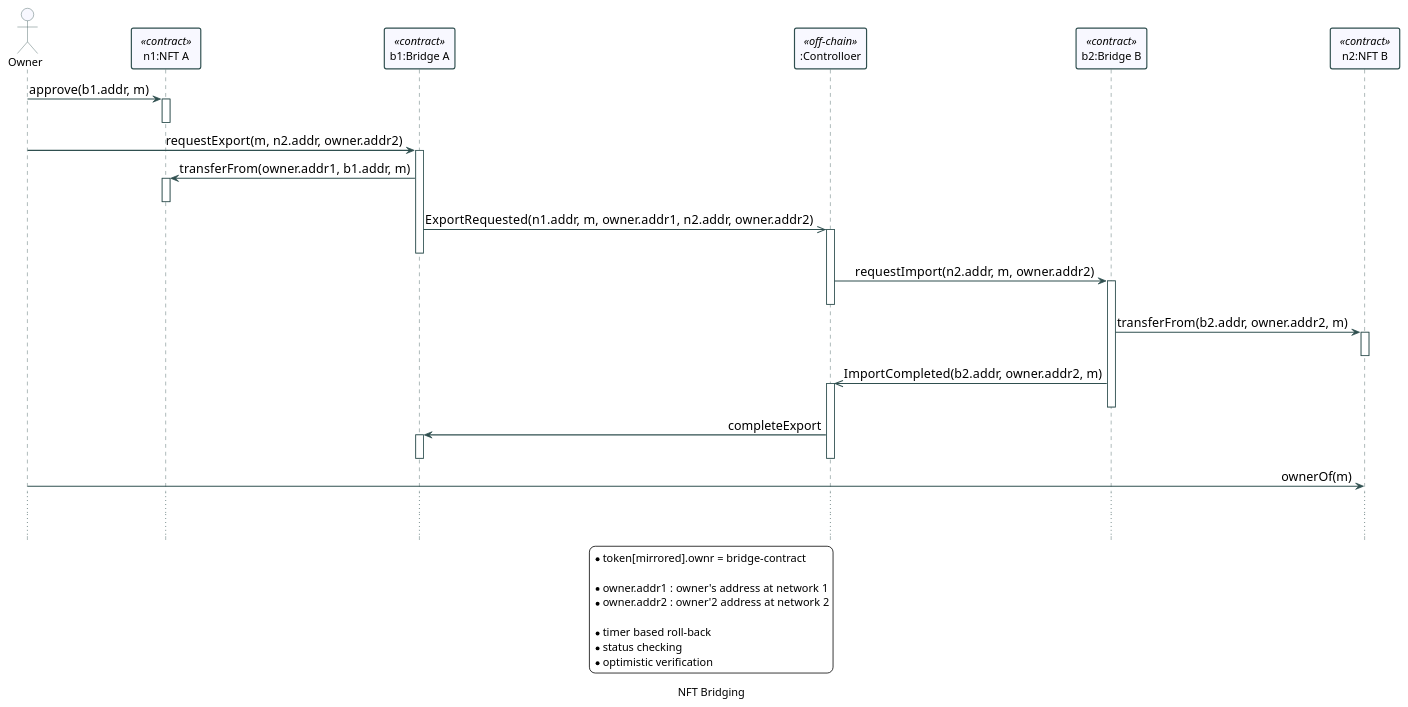
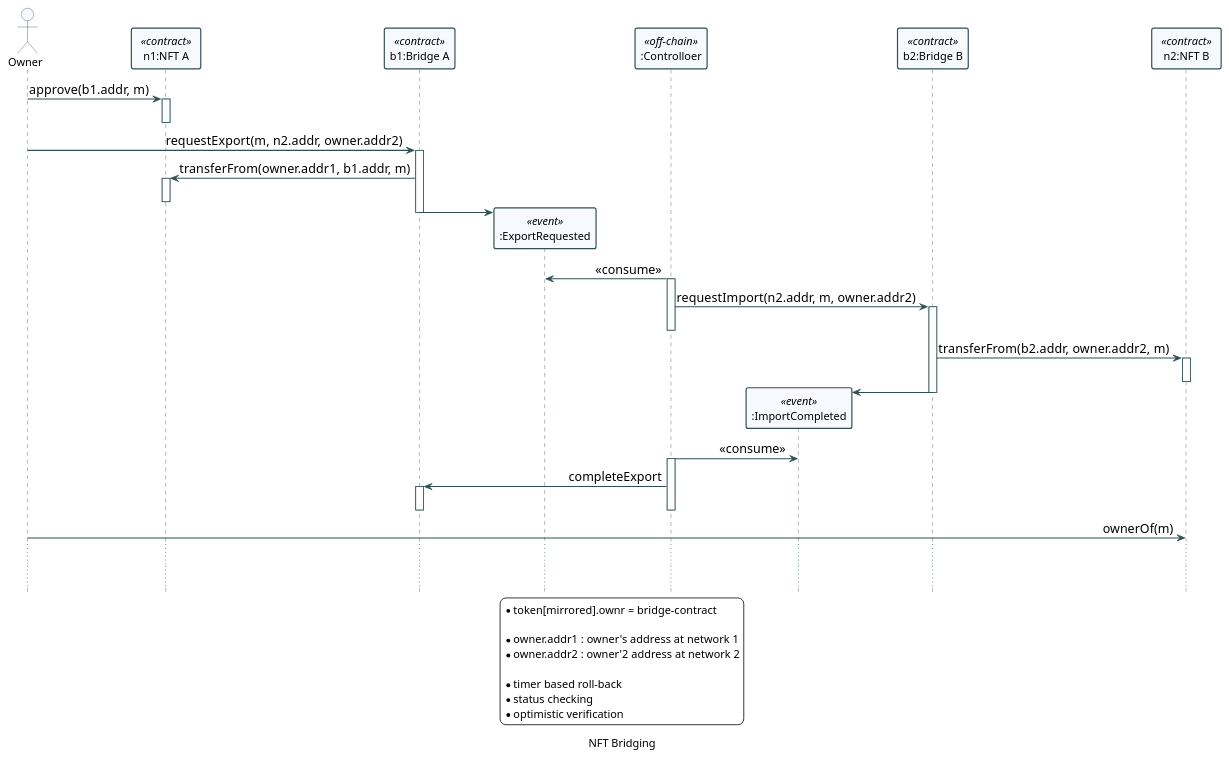
One commit to 3rdstage/models changed the diagram in blockchain/nft/nft-bridge-1.plantuml. Above: the diagram before and after it, drawn with PlantUML.

Commit message:
Adding sequence diagram for Ethereum Bridge.

```diff
--- a/blockchain/nft/nft-bridge-1.plantuml
+++ b/blockchain/nft/nft-bridge-1.plantuml
@@ -1,109 +1,115 @@
 @startuml
 
 ' https://plantuml.com/class-diagram
 ' https://plantuml.com/sequence-diagram
 ' https://plantuml-documentation.readthedocs.io/en/latest/formatting/all-skin-params.html
 ' https://plantuml-documentation.readthedocs.io/en/latest/formatting/all-skin-params.html#class
 ' https://plantuml.com/creole
 ' https://www.w3schools.com/colors/colors_names.asp
 
 skinparam {
   'DefaultFontName Consolas
   DefaultFontName Monaco
   'DefaultFontName Lucida Console
   'DefaultMonospacedFontName Consolas
   'DefaultFontStyle bold
   
   BackgroundColor transparent
   PageMargin 10
   BoxPadding 100
   ParticipantPadding 20
 
   ArrowFontSize 16
   ArrowThickness 1
   MinClassWidth 75
   ClassFontStyle bold
   
   NoteBackgroundColor SeaShell
   NoteBorderColor transparent
   NoteShadowing false
 }
 
 skinparam Sequence{
   DividerBorderThickness 1.5
   ReferenceBorderThickness 1.5
   MessageAlignment right
 
   ArrowColor DarkSlateGray
   ArrowThickness 1.3
   LifeLineBorderColor DarkSlateGray
   LifeLineBorderThickness 1.3
 
   ActorBorderColor DarkSlateGray
   ActorBackgroundColor GhostWhite
   ParticipantBorderColor DarkSlateGray
   ParticipantBorderThickness 1.5
   ParticipantBackgroundColor GhostWhite
 
   BoxBackgroundColor transparent
   BoxBorderColor transparent
   
   GroupBorderThickness 1.3
   GroupBorderColor DarkBlue
   GroupBodyBackgroundColor Azure
 }
 
 skinparam Group{
   BorderThickness 1.3
   BorderShadowing true
 }
 
 hide Circle
 hide Footbox
 caption NFT Bridging
 
 
 Actor Owner as owner
 Participant "n1:NFT A" as nft1 <<contract>>
 Participant "b1:Bridge A" as brd1 <<contract>>
+Participant ":ExportRequested" as ev1 <<event>>
 Participant ":Controlloer" as cntrl <<off-chain>>
+Participant ":ImportCompleted" as ev2 <<event>>
 Participant "b2:Bridge B" as brd2 <<contract>>
 Participant "n2:NFT B" as nft2 <<contract>>
 
 
 owner -> nft1 ++ : approve(b1.addr, m)
 nft1 --
 
 owner -> brd1 ++ : requestExport(m, n2.addr, owner.addr2)
   brd1 -> nft1 ++ : transferFrom(owner.addr1, b1.addr, m)
     nft1 --
-  brd1 ->> cntrl ++ : ExportRequested(n1.addr, m, owner.addr1, n2.addr, owner.addr2)
-    brd1 --
+  brd1 -> ev1 **
+  brd1 --
+  cntrl -> ev1 : <<consume>>
+    cntrl ++
     cntrl -> brd2 ++ : requestImport(n2.addr, m, owner.addr2)
       cntrl --
       brd2 -> nft2 ++ : transferFrom(b2.addr, owner.addr2, m)
         nft2 --
-      brd2 ->> cntrl ++ : ImportCompleted(b2.addr, owner.addr2, m)
-        brd2 --
+      brd2 -> ev2 **
+      brd2 --
+      cntrl -> ev2 : <<consume>>
+        cntrl ++ 
         cntrl -> brd1 ++ : completeExport
           brd1 --
         cntrl --
 
 owner -> nft2 : ownerOf(m)
 
 ...
 ...
 
 legend
   * token[mirrored].ownr = bridge-contract
 
   * owner.addr1 : owner's address at network 1
   * owner.addr2 : owner'2 address at network 2
   
   * timer based roll-back
   * status checking
   * optimistic verification
 end legend
 
 
 @enduml
```
